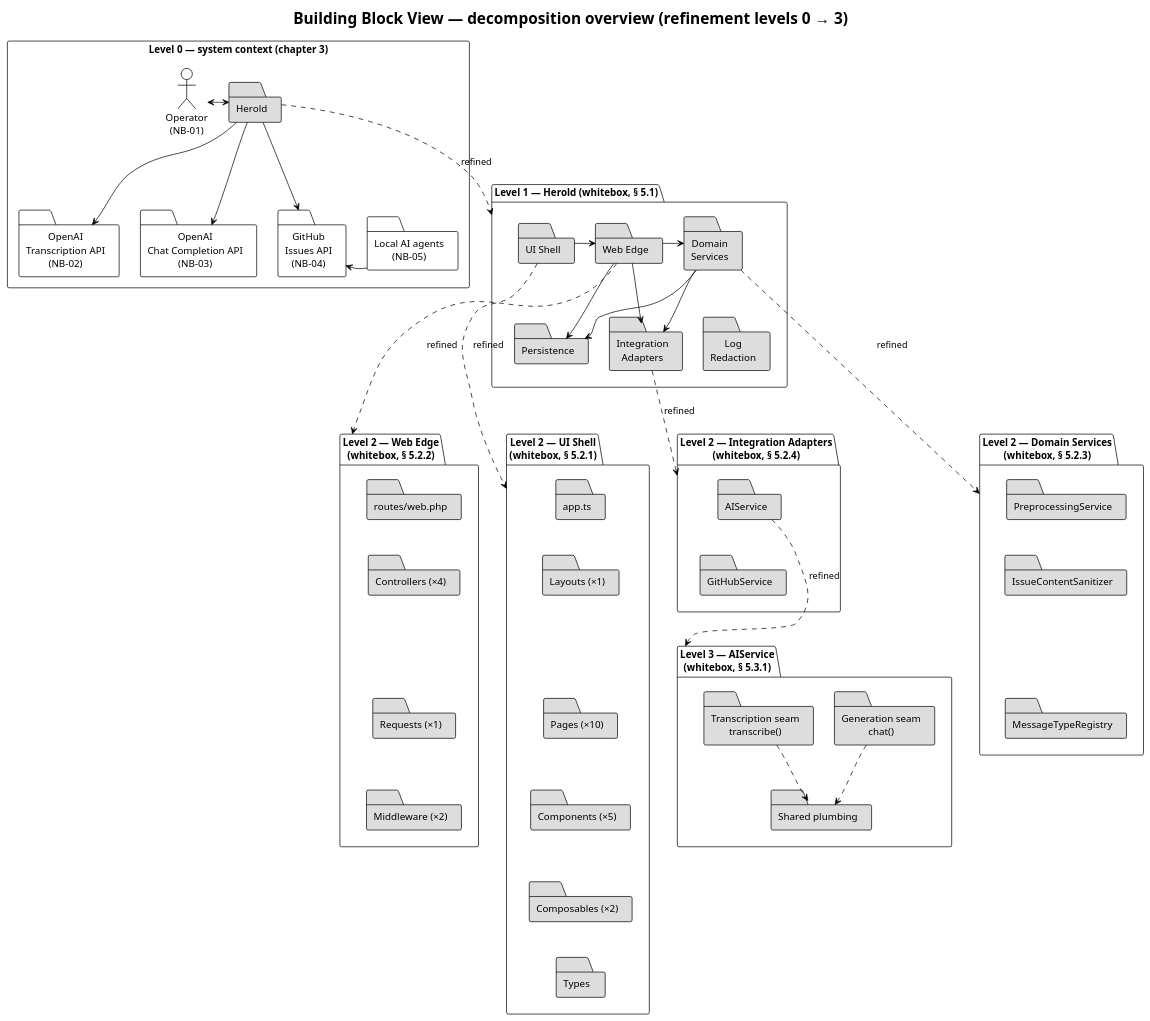
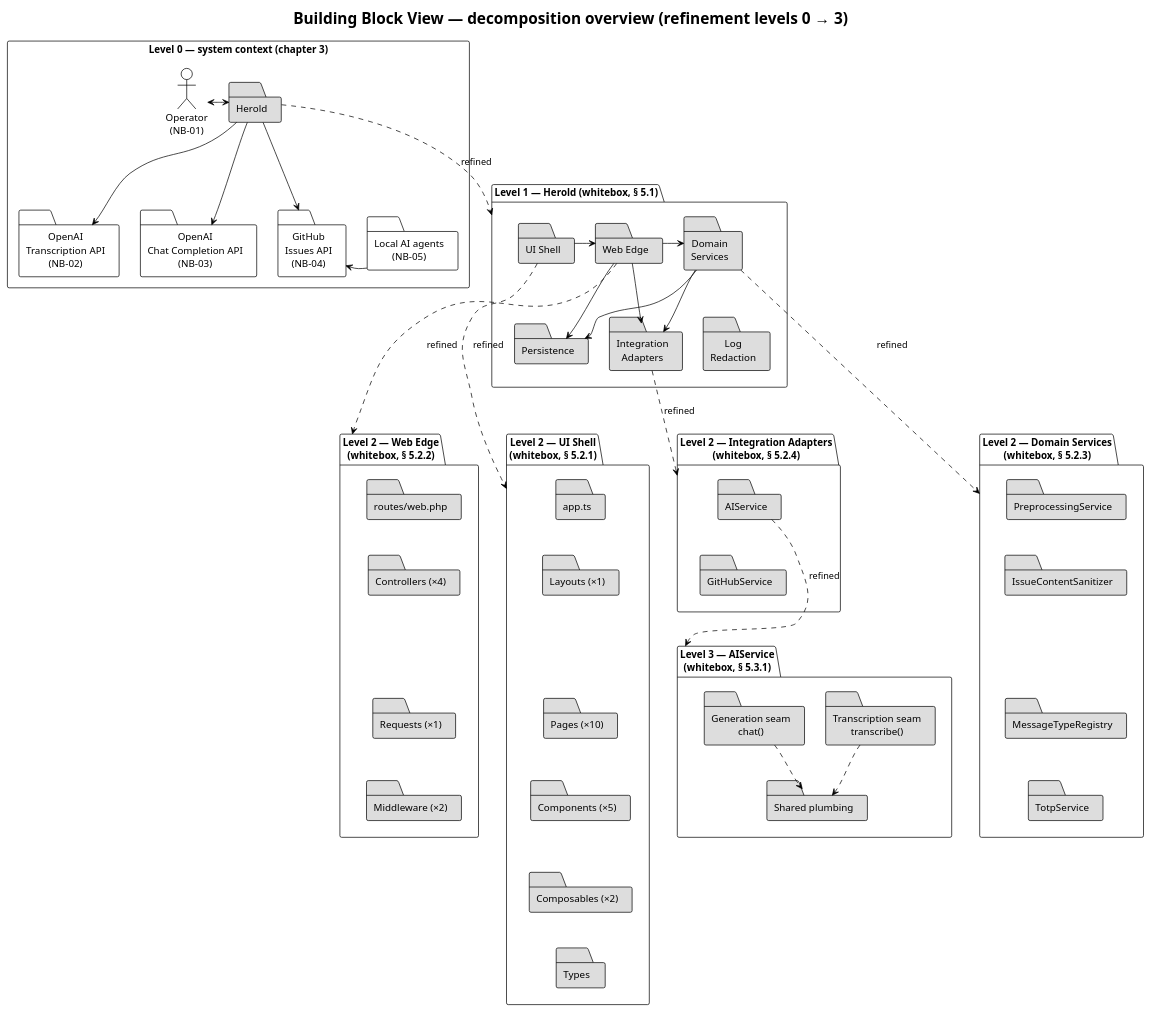
The diagram in docs/arch/diagrams/a05-decomposition-overview.plantuml (carstenlucke/herold), drawn with PlantUML before and after one commit. The commit also changed 31 other files, not shown here.

First line of the commit message:
refactor(auth): extract TOTP into a dedicated service (#58)

```diff
--- a/docs/arch/diagrams/a05-decomposition-overview.plantuml
+++ b/docs/arch/diagrams/a05-decomposition-overview.plantuml
@@ -1,120 +1,122 @@
 @startuml a05-decomposition-overview
 !theme plain
 skinparam defaultTextAlignment center
 skinparam ranksep 50
 skinparam nodesep 30
 
 title Building Block View — decomposition overview (refinement levels 0 → 3)
 
 ' ---------- Level 0: context (blackbox Herold) ----------
 rectangle "Level 0 — system context (chapter 3)" as L0 {
   actor "Operator\n(NB-01)" as op
   folder "Herold" as sys0 #DDDDDD
   folder "OpenAI\nTranscription API\n(NB-02)" as nb02
   folder "OpenAI\nChat Completion API\n(NB-03)" as nb03
   folder "GitHub\nIssues API\n(NB-04)" as nb04
   folder "Local AI agents\n(NB-05)" as nb05
 
   op <-r-> sys0
   sys0 --> nb02
   sys0 --> nb03
   sys0 --> nb04
   nb05 -l-> nb04
   nb02 -[hidden]r-> nb03
   nb03 -[hidden]r-> nb04
   nb04 -[hidden]r-> nb05
 }
 
 ' ---------- Level 1: whitebox Herold ----------
 package "Level 1 — Herold (whitebox, § 5.1)" as L1 {
   folder "UI Shell" as ui1 #DDDDDD
   folder "Web Edge" as edge1 #DDDDDD
   folder "Domain\nServices" as dom1 #DDDDDD
   folder "Integration\nAdapters" as ad1 #DDDDDD
   folder "Persistence" as per1 #DDDDDD
   folder "Log\nRedaction" as log1 #DDDDDD
 
   ui1 -r-> edge1
   edge1 -r-> dom1
   dom1 -r-> ad1
   edge1 --> ad1
   edge1 -d-> per1
   dom1 -d-> per1
   per1 -[hidden]r-> log1
 }
 
 sys0 -[dashed]d-> L1 : refined
 
 ' ---------- Level 2: one whitebox per opened level-1 blackbox ----------
 package "Level 2 — UI Shell\n(whitebox, § 5.2.1)" as L2ui {
   folder "app.ts" as f_app #DDDDDD
   folder "Layouts (×1)" as f_layout #DDDDDD
   folder "Pages (×10)" as f_pages #DDDDDD
   folder "Components (×5)" as f_comp #DDDDDD
   folder "Composables (×2)" as f_compo #DDDDDD
   folder "Types" as f_types #DDDDDD
 
   f_app -[hidden]d-> f_layout
   f_layout -[hidden]d-> f_pages
   f_pages -[hidden]d-> f_comp
   f_comp -[hidden]d-> f_compo
   f_compo -[hidden]d-> f_types
 }
 
 package "Level 2 — Web Edge\n(whitebox, § 5.2.2)" as L2edge {
   folder "routes/web.php" as f_routes #DDDDDD
   folder "Controllers (×4)" as f_ctrl #DDDDDD
   folder "Requests (×1)" as f_req #DDDDDD
   folder "Middleware (×2)" as f_mw #DDDDDD
 
   f_routes -[hidden]d-> f_ctrl
   f_ctrl -[hidden]d-> f_req
   f_req -[hidden]d-> f_mw
 }
 
 package "Level 2 — Domain Services\n(whitebox, § 5.2.3)" as L2dom {
   folder "PreprocessingService" as f_prep #DDDDDD
   folder "IssueContentSanitizer" as f_sani #DDDDDD
   folder "MessageTypeRegistry" as f_reg #DDDDDD
+  folder "TotpService" as f_totp #DDDDDD
 
   f_prep -[hidden]d-> f_sani
   f_sani -[hidden]d-> f_reg
+  f_reg -[hidden]d-> f_totp
 }
 
 package "Level 2 — Integration Adapters\n(whitebox, § 5.2.4)" as L2ad {
   folder "AIService" as f_ai #DDDDDD
   folder "GitHubService" as f_gh #DDDDDD
 
   f_ai -[hidden]d-> f_gh
 }
 
 ' keep the four level-2 whiteboxes in one horizontal band,
 ' fully below the level-1 whitebox
 L2ui -[hidden]r-> L2edge
 L2edge -[hidden]r-> L2dom
 L2dom -[hidden]r-> L2ad
 per1 -[hidden]d-> L2ui
 per1 -[hidden]d-> L2edge
 log1 -[hidden]d-> L2dom
 log1 -[hidden]d-> L2ad
 
 ui1 -[dashed]d-> L2ui : refined
 edge1 -[dashed]d-> L2edge : refined
 dom1 -[dashed]d-> L2dom : refined
 ad1 -[dashed]d-> L2ad : refined
 
 ' ---------- Level 3: the AI seams ----------
 package "Level 3 — AIService\n(whitebox, § 5.3.1)" as L3 {
   folder "Transcription seam\ntranscribe()" as f_tseam #DDDDDD
   folder "Generation seam\nchat()" as f_gseam #DDDDDD
   folder "Shared plumbing" as f_shared #DDDDDD
 
   f_tseam -[hidden]r-> f_gseam
   f_tseam -[dashed]d-> f_shared
   f_gseam -[dashed]d-> f_shared
 }
 
 f_gh -[hidden]d-> L3
 f_ai -[dashed]d-> L3 : refined
 
 @enduml
```
